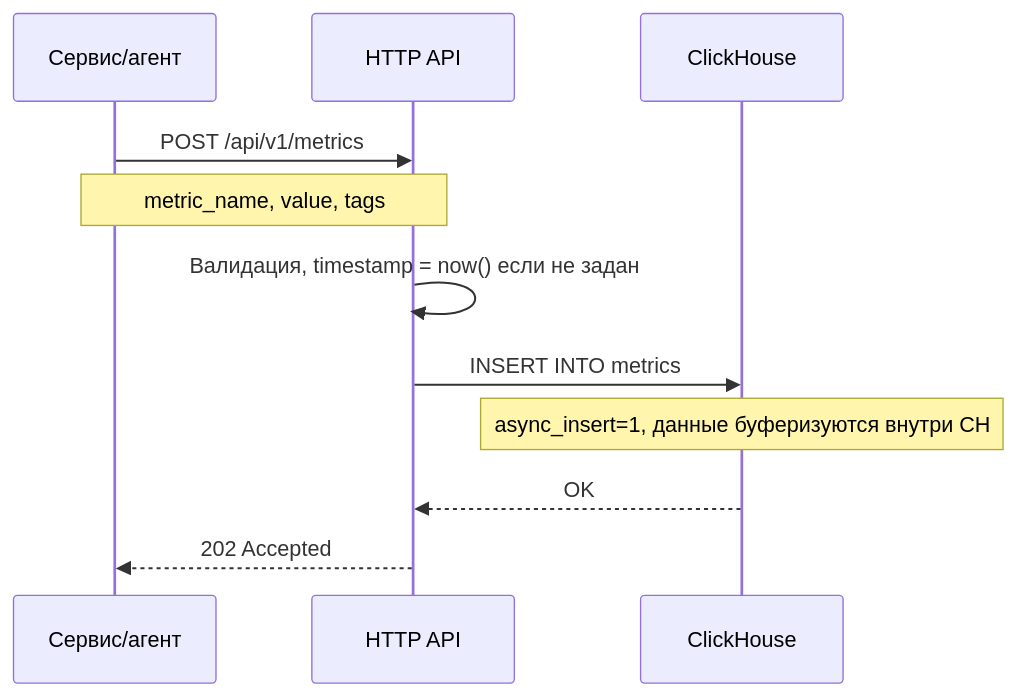
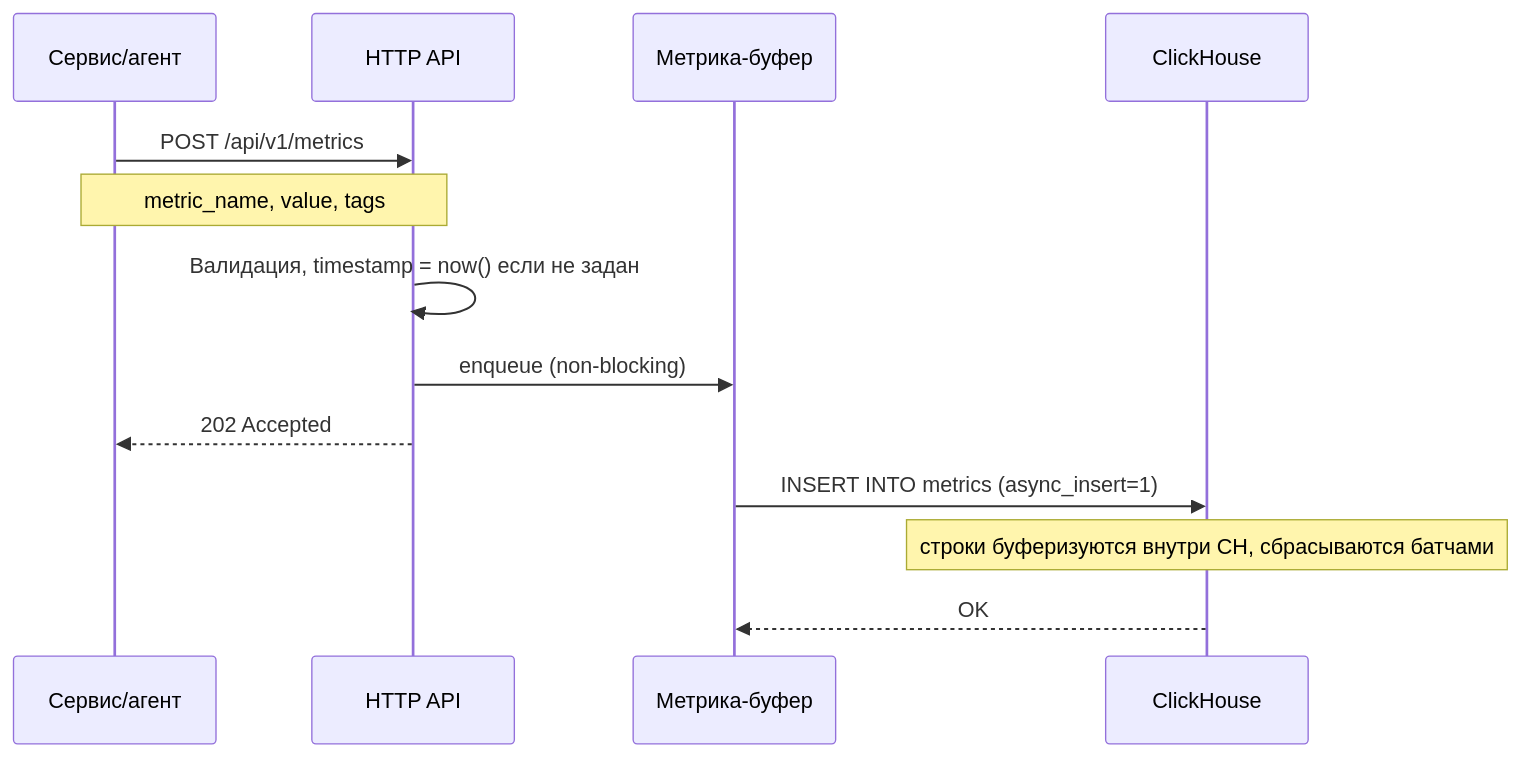
One commit to rastamanrin0/telemetry-service changed the fourth of 8 diagrams in README.md. Above: the diagram before and after it, drawn with Mermaid. The commit also changed other lines of this file, not shown here.

````diff
--- a/README.md
+++ b/README.md
@@ -65,14 +275,16 @@
 ```mermaid
 sequenceDiagram
     participant C as Сервис/агент
     participant A as HTTP API
+    participant BUF as Метрика-буфер
     participant CH as ClickHouse
 
     C->>A: POST /api/v1/metrics
     Note over C,A: metric_name, value, tags
     A->>A: Валидация, timestamp = now() если не задан
-    A->>CH: INSERT INTO metrics
-    Note over CH: async_insert=1, данные буферизуются внутри CH
-    CH-->>A: OK
+    A->>BUF: enqueue (non-blocking)
     A-->>C: 202 Accepted
+    BUF->>CH: INSERT INTO metrics (async_insert=1)
+    Note over CH: строки буферизуются внутри CH, сбрасываются батчами
+    CH-->>BUF: OK
 ```
````
